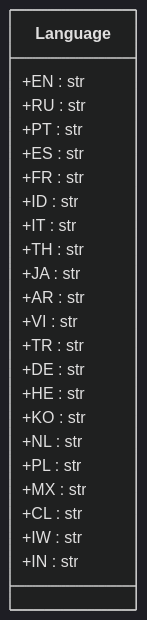
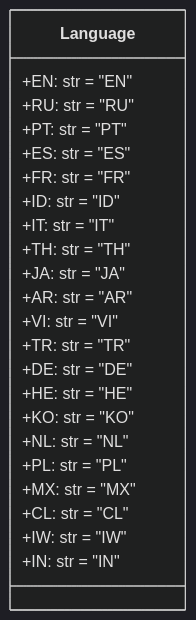
The diagram in docs/gemini/ru/explainer/src/suppliers/aliexpress/api/models/languages.py.md (hypo69/hypo), drawn with Mermaid (dark theme) before and after one commit. The commit also changed other lines of this file and 1505 other files, not shown here.

````diff
--- a/docs/gemini/ru/explainer/src/suppliers/aliexpress/api/models/languages.py.md
+++ b/docs/gemini/ru/explainer/src/suppliers/aliexpress/api/models/languages.py.md
@@ -20,28 +21,26 @@
 ```mermaid
 classDiagram
-    class Language{
-        +EN : str
-        +RU : str
-        +PT : str
-        +ES : str
-        +FR : str
-        +ID : str
-        +IT : str
-        +TH : str
-        +JA : str
-        +AR : str
-        +VI : str
-        +TR : str
-        +DE : str
-        +HE : str
-        +KO : str
-        +NL : str
-        +PL : str
-        +MX : str
-        +CL : str
-        +IW : str
-        +IN : str
+    class Language {
+       +EN: str = "EN"
+       +RU: str = "RU"
+       +PT: str = "PT"
+       +ES: str = "ES"
+       +FR: str = "FR"
+       +ID: str = "ID"
+       +IT: str = "IT"
+       +TH: str = "TH"
+       +JA: str = "JA"
+       +AR: str = "AR"
+       +VI: str = "VI"
+       +TR: str = "TR"
+       +DE: str = "DE"
+       +HE: str = "HE"
+       +KO: str = "KO"
+       +NL: str = "NL"
+       +PL: str = "PL"
+       +MX: str = "MX"
+       +CL: str = "CL"
+       +IW: str = "IW"
+       +IN: str = "IN"
     }
-
-    
 ```
````
